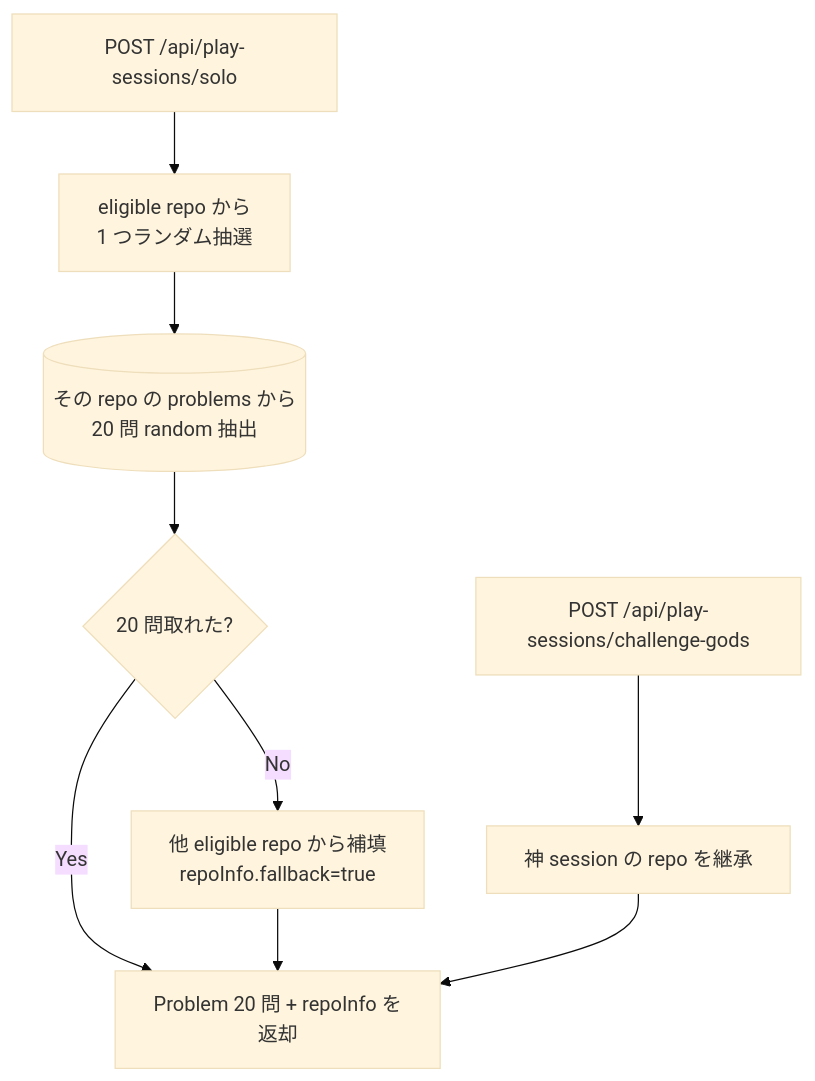
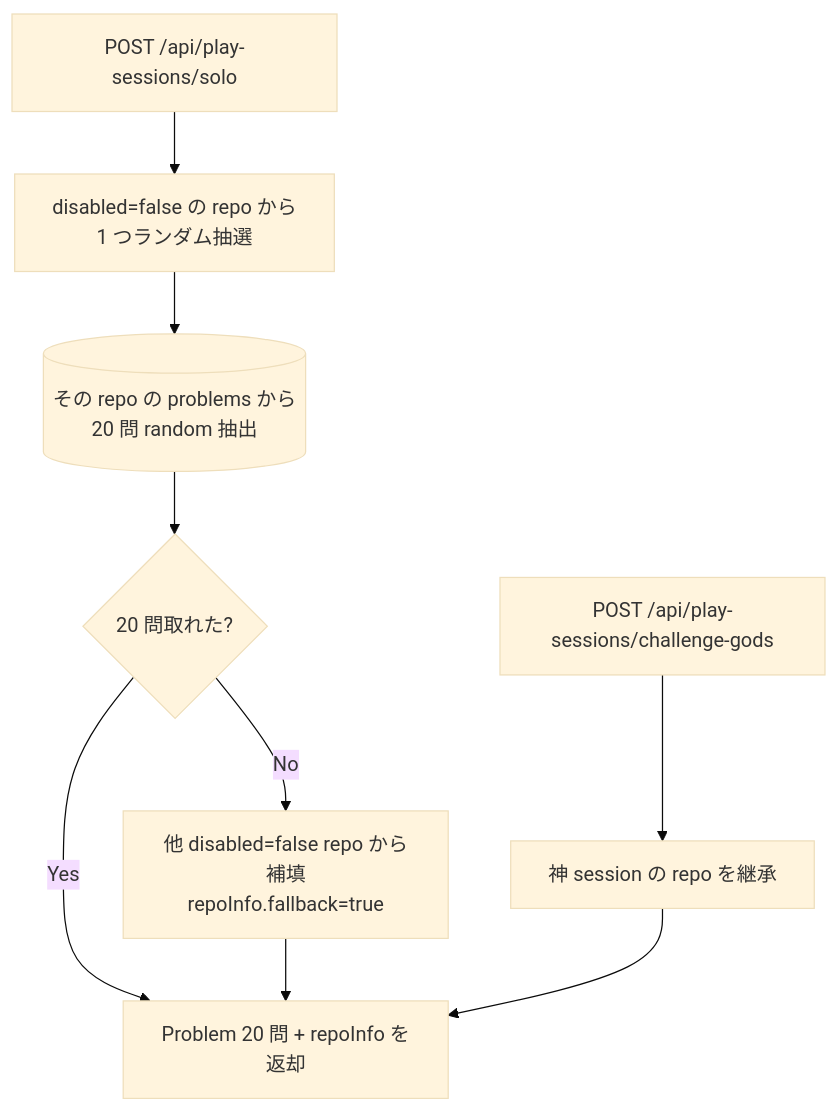
The second of 2 diagrams in docs/spec/problem-pool/README.md (kentakki416/typing-royale), drawn with Mermaid (base theme) before and after one commit. The commit also changed other lines of this file and 6 other files, not shown here.

````diff
--- a/docs/spec/problem-pool/README.md
+++ b/docs/spec/problem-pool/README.md
@@ -447,12 +447,12 @@
 ```mermaid
 flowchart TD
-    Solo[POST /api/play-sessions/solo] --> Pick[eligible repo から<br/>1 つランダム抽選]
+    Solo[POST /api/play-sessions/solo] --> Pick[disabled=false の repo から<br/>1 つランダム抽選]
     Pick --> Pool[(その repo の problems から<br/>20 問 random 抽出)]
     Pool --> Fallback{20 問取れた?}
     Fallback -->|Yes| Out[Problem 20 問 + repoInfo を返却]
-    Fallback -->|No| Fill[他 eligible repo から補填<br/>repoInfo.fallback=true]
+    Fallback -->|No| Fill[他 disabled=false repo から補填<br/>repoInfo.fallback=true]
     Fill --> Out
 
     Gods[POST /api/play-sessions/challenge-gods] --> Inherit[神 session の repo を継承]
     Inherit --> Out
 ```
````
